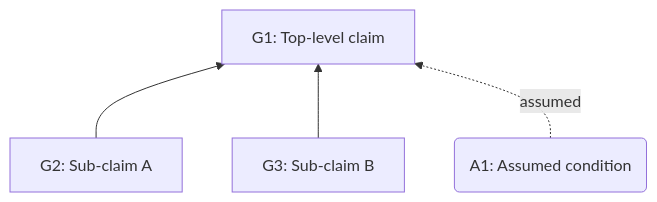
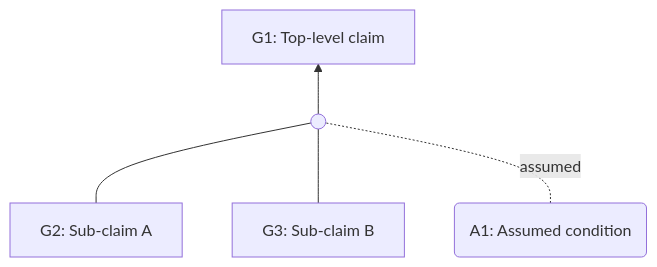
Before and after one commit to coreinfrastructure/best-practices-badge: diagram 18 of 19 in docs/sacm-mermaid.md, drawn with Mermaid. The commit also changed other lines of this file, not shown here.

Commit message:
Improve demo diagram D1

````diff
--- a/docs/sacm-mermaid.md
+++ b/docs/sacm-mermaid.md
@@ -625,11 +631,13 @@
 ```mermaid
 flowchart BT
     G2["G2: Sub-claim A"]
     G3["G3: Sub-claim B"]
     A1("A1: Assumed condition")
+    Inf1((" "))
     G1["G1: Top-level claim"]
 
-    G2 --> G1
-    G3 --> G1
-    A1 -. "assumed" .-> G1
+    G2 --- Inf1
+    G3 --- Inf1
+    A1 -. "assumed" .- Inf1
+    Inf1 --> G1
 ```
````
